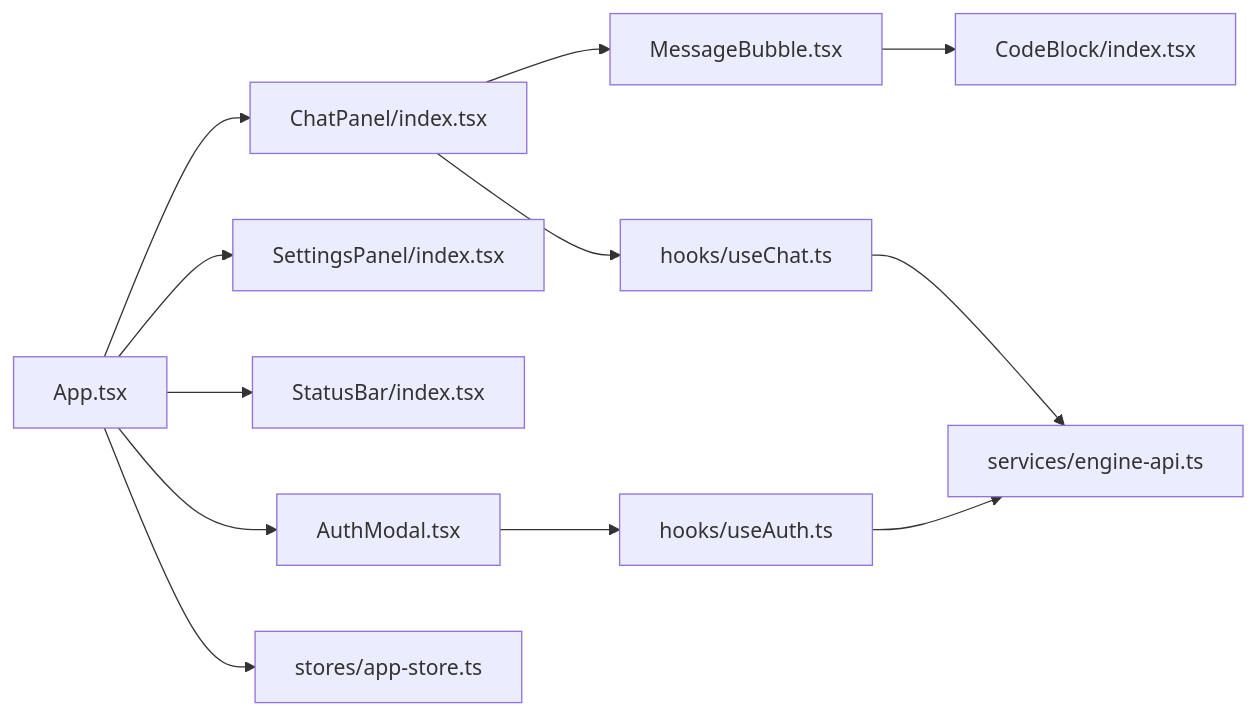
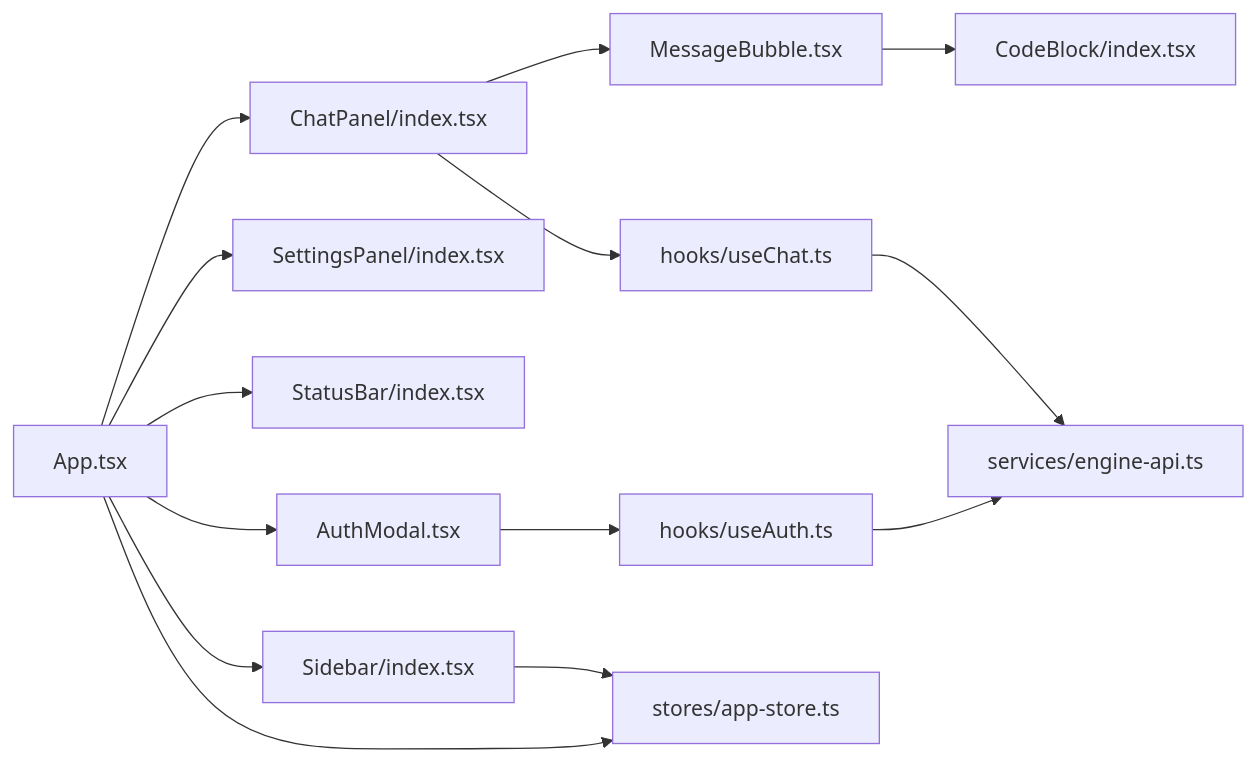
The seventh of 7 diagrams in .qoder/repowiki/zh/content/架构设计/分层架构详解/表现层（Presentation Layer）/React组件架构.md (kkutysllb/KCoder), drawn with Mermaid before and after one commit. The commit also changed other lines of this file and 10 other files, not shown here.

````diff
--- a/.qoder/repowiki/zh/content/架构设计/分层架构详解/表现层（Presentation Layer）/React组件架构.md
+++ b/.qoder/repowiki/zh/content/架构设计/分层架构详解/表现层（Presentation Layer）/React组件架构.md
@@ -371,14 +430,16 @@
 ```mermaid
 graph LR
 App["App.tsx"] --> ChatPanel["ChatPanel/index.tsx"]
 App --> SettingsPanel["SettingsPanel/index.tsx"]
 App --> StatusBar["StatusBar/index.tsx"]
+App --> Sidebar["Sidebar/index.tsx"]
 App --> AuthModal["AuthModal.tsx"]
 ChatPanel --> MessageBubble["MessageBubble.tsx"]
 MessageBubble --> CodeBlock["CodeBlock/index.tsx"]
 ChatPanel --> useChat["hooks/useChat.ts"]
 AuthModal --> useAuth["hooks/useAuth.ts"]
+Sidebar --> appStore["stores/app-store.ts"]
 useChat --> engineApi["services/engine-api.ts"]
 useAuth --> engineApi
-App --> appStore["stores/app-store.ts"]
+App --> appStore
 ```
````
